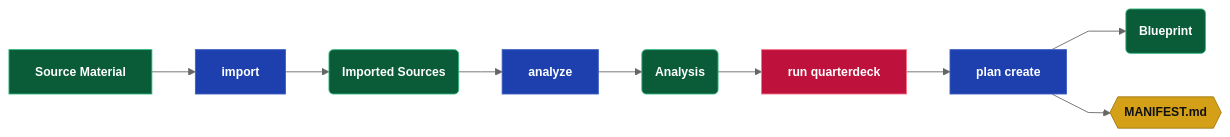
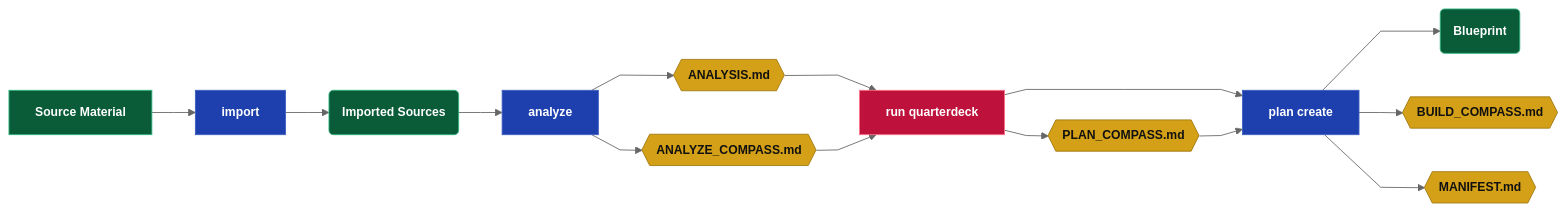
Before and after one commit to webcloudstudio/Drydock: the third of 8 diagrams in docs/Drydock_Specification.md, drawn with Mermaid. The commit also changed other lines of this file, not shown here.

Commit message:
Update specification build compass flow

````diff
--- a/docs/Drydock_Specification.md
+++ b/docs/Drydock_Specification.md
@@ -187,19 +187,24 @@
 ```mermaid
 %%{init: {'theme': 'neutral', 'flowchart': {'curve': 'linear'}, 'themeVariables': {'fontSize': '14px'}}}%%
 flowchart LR
   classDef dir    fill:#0a5c38,stroke:#2cb67d,color:#fff,font-weight:bold
   classDef md     fill:#d4a017,stroke:#a07810,color:#111,font-weight:bold
   classDef script fill:#1e40af,stroke:#3b5fc0,color:#fff,font-weight:bold
   classDef prompt fill:#c2410c,stroke:#ea580c,color:#fff,font-weight:bold
   classDef output fill:#6d28d9,stroke:#8b5cf6,color:#fff,font-weight:bold
   classDef web    fill:#be123c,stroke:#fb7185,color:#fff,font-weight:bold
 
   SRC["Source Material"]:::dir --> IMPORT["import"]:::script
   IMPORT --> SOURCES("Imported Sources"):::dir
   SOURCES --> ANALYZE["analyze"]:::script
-  ANALYZE --> ANALYSIS("Analysis"):::dir
+  ANALYZE --> ANALYSIS{{"ANALYSIS.md"}}:::md
+  ANALYZE --> ACOMPASS{{"ANALYZE_COMPASS.md"}}:::md
   ANALYSIS --> QUARTERDECK["run quarterdeck"]:::web
+  ACOMPASS --> QUARTERDECK
+  QUARTERDECK --> PCOMPASS{{"PLAN_COMPASS.md"}}:::md
   QUARTERDECK --> PLANCREATE["plan create"]:::script
+  PCOMPASS --> PLANCREATE
   PLANCREATE --> BLUEPRINT("Blueprint"):::dir
+  PLANCREATE --> BCOMPASS{{"BUILD_COMPASS.md"}}:::md
   PLANCREATE --> MANIFEST{{"MANIFEST.md"}}:::md
 ```
````
